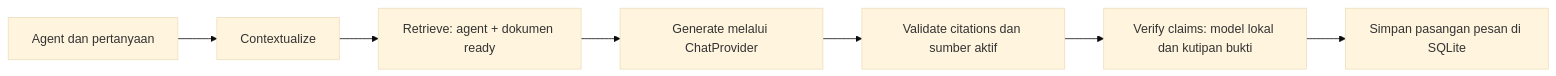
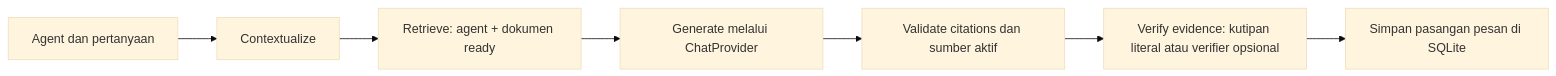
Before and after one commit to sbharahap/Satria_Takehometest: the diagram in README.md, drawn with Mermaid (base theme). The commit also changed other lines of this file and 20 other files, not shown here.

````diff
--- a/README.md
+++ b/README.md
@@ -105,9 +107,9 @@
 ```mermaid
 flowchart LR
     A[Agent dan pertanyaan] --> B[Contextualize]
     B --> C[Retrieve: agent + dokumen ready]
     C --> D[Generate melalui ChatProvider]
     D --> E[Validate citations dan sumber aktif]
-    E --> V[Verify claims: model lokal dan kutipan bukti]
+    E --> V[Verify evidence: kutipan literal atau verifier opsional]
     V --> F[Simpan pasangan pesan di SQLite]
 ```
````
